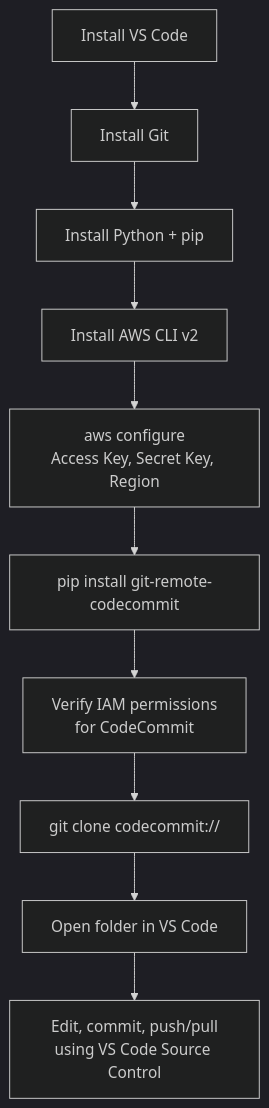
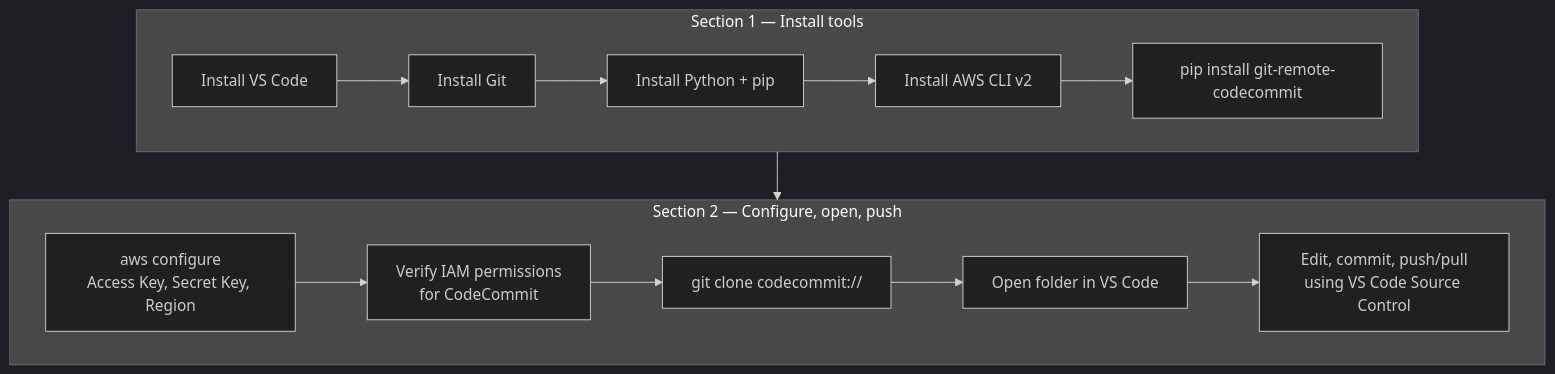
One commit to cloudz13/aws changed the diagram in codecommit-vscode.md. Above: the diagram before and after it, drawn with Mermaid (dark theme). The commit also changed other lines of this file, not shown here.

Commit message:
Restructure doc into two clear sections: install tools, then configure/open/push

````diff
--- a/codecommit-vscode.md
+++ b/codecommit-vscode.md
@@ -10,12 +10,18 @@
 ```mermaid
 flowchart TD
-    A[Install VS Code] --> B[Install Git]
-    B --> C[Install Python + pip]
-    C --> D[Install AWS CLI v2]
-    D --> E[aws configure\nAccess Key, Secret Key, Region]
-    E --> F[pip install git-remote-codecommit]
-    F --> G[Verify IAM permissions\nfor CodeCommit]
-    G --> H["git clone codecommit://<repo-name>"]
-    H --> I[Open folder in VS Code]
-    I --> J[Edit, commit, push/pull\nusing VS Code Source Control]
+    subgraph S1["Section 1 — Install tools"]
+        A[Install VS Code] --> B[Install Git]
+        B --> C[Install Python + pip]
+        C --> D[Install AWS CLI v2]
+        D --> E[pip install git-remote-codecommit]
+    end
+
+    subgraph S2["Section 2 — Configure, open, push"]
+        F[aws configure\nAccess Key, Secret Key, Region] --> G[Verify IAM permissions\nfor CodeCommit]
+        G --> H["git clone codecommit://<repo-name>"]
+        H --> I[Open folder in VS Code]
+        I --> J[Edit, commit, push/pull\nusing VS Code Source Control]
+    end
+
+    S1 --> S2
 ```
````
